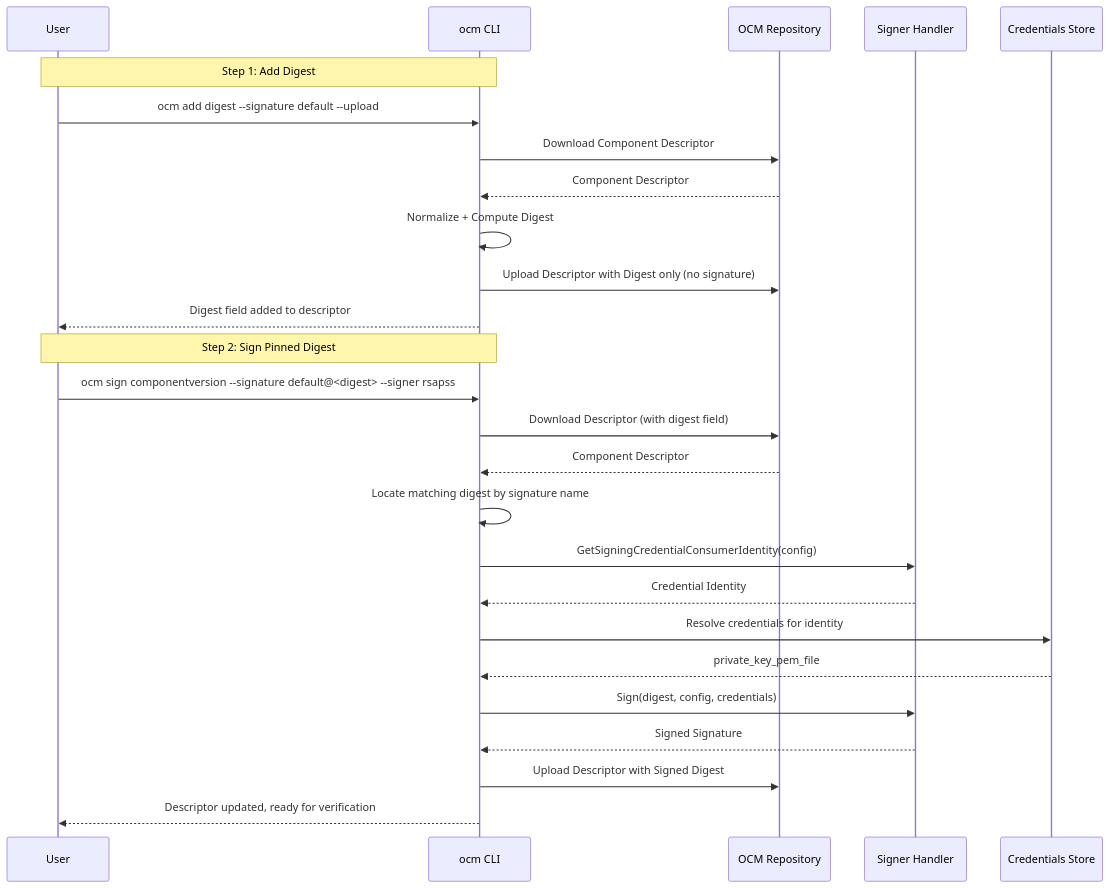
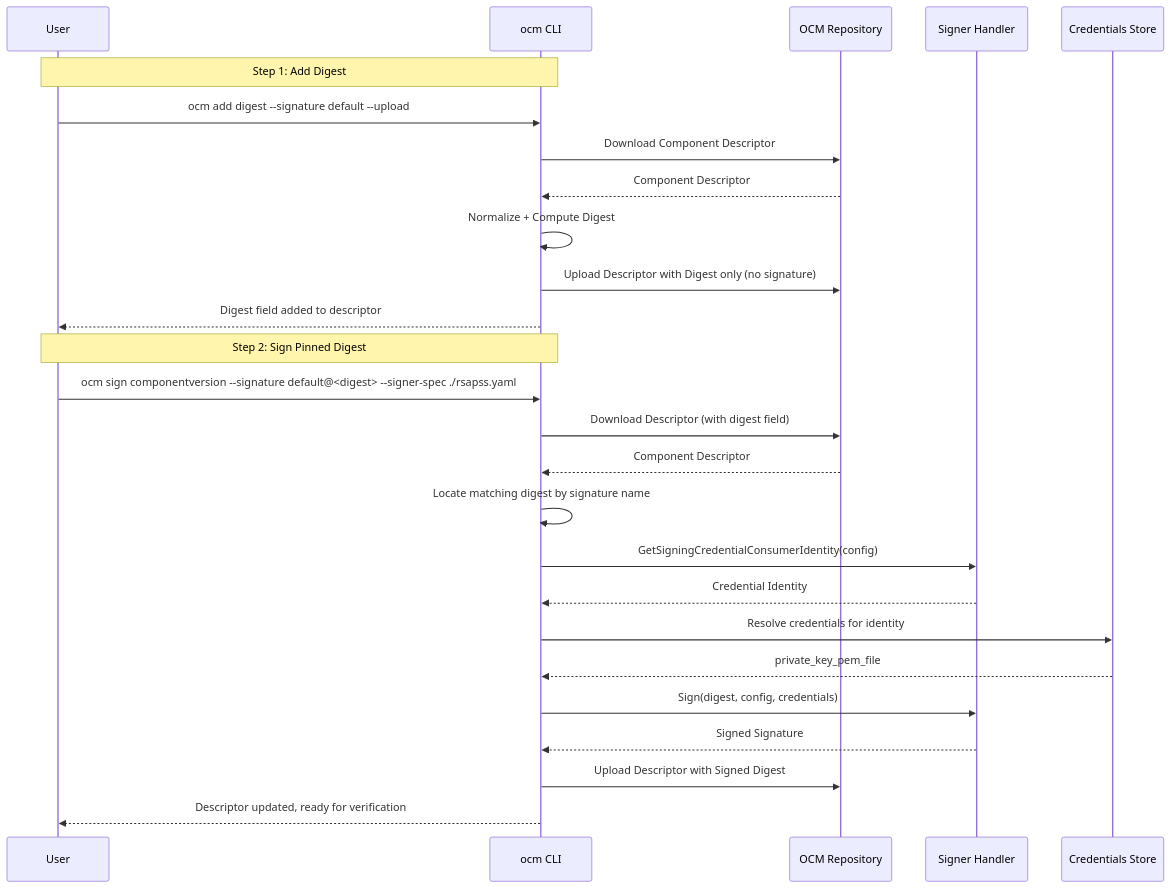
Before and after one commit to open-component-model/open-component-model: the first of 3 diagrams in docs/adr/0008_signing_verification.md, drawn with Mermaid. The commit also changed other lines of this file, not shown here.

````diff
--- a/docs/adr/0008_signing_verification.md
+++ b/docs/adr/0008_signing_verification.md
@@ -85,30 +85,30 @@
 ```mermaid
 sequenceDiagram
     participant U as User
     participant CLI as ocm CLI
     participant Repo as OCM Repository
     participant Handler as Signer Handler
     participant Creds as Credentials Store
 
     Note over U,CLI: Step 1: Add Digest
     U->>CLI: ocm add digest --signature default --upload
     CLI->>Repo: Download Component Descriptor
     Repo-->>CLI: Component Descriptor
     CLI->>CLI: Normalize + Compute Digest
     CLI->>Repo: Upload Descriptor with Digest only (no signature)
     CLI-->>U: Digest field added to descriptor
 
     Note over U,CLI: Step 2: Sign Pinned Digest
-    U->>CLI: ocm sign componentversion --signature default@<digest> --signer rsapss
+    U->>CLI: ocm sign componentversion --signature default@<digest> --signer-spec ./rsapss.yaml
     CLI->>Repo: Download Descriptor (with digest field)
     Repo-->>CLI: Component Descriptor
     CLI->>CLI: Locate matching digest by signature name
     CLI->>Handler: GetSigningCredentialConsumerIdentity(config)
     Handler-->>CLI: Credential Identity
     CLI->>Creds: Resolve credentials for identity
     Creds-->>CLI: private_key_pem_file
     CLI->>Handler: Sign(digest, config, credentials)
     Handler-->>CLI: Signed Signature
     CLI->>Repo: Upload Descriptor with Signed Digest
     CLI-->>U: Descriptor updated, ready for verification
 ```
````
